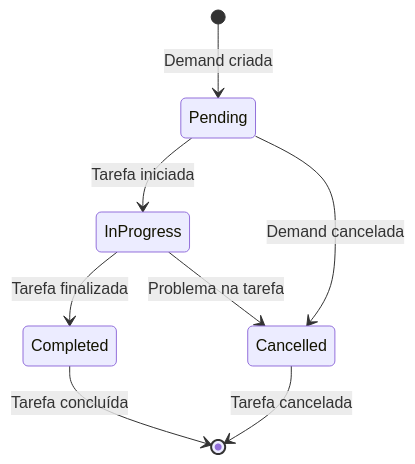
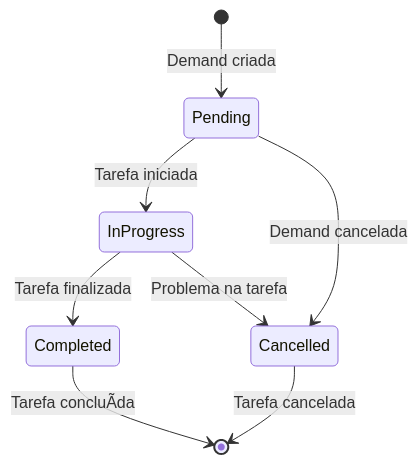
One commit to igor-spalenza/GesN changed the seventh of 7 diagrams in GesN.Web/Context/DIAGRAMS/PROCESS-FLOWS/03-production-demand-flow.md. Above: the diagram before and after it, drawn with Mermaid. The commit also changed other lines of this file and 93 other files, not shown here.

````diff
--- a/GesN.Web/Context/DIAGRAMS/PROCESS-FLOWS/03-production-demand-flow.md
+++ b/GesN.Web/Context/DIAGRAMS/PROCESS-FLOWS/03-production-demand-flow.md
@@ -396,12 +396,12 @@
 ```mermaid
 stateDiagram-v2
     [*] --> Pending : Demand criada
     Pending --> InProgress : Tarefa iniciada
     InProgress --> Completed : Tarefa finalizada
     
     Pending --> Cancelled : Demand cancelada
     InProgress --> Cancelled : Problema na tarefa
     
-    Completed --> [*] : Tarefa concluída
+    Completed --> [*] : Tarefa concluÃ­da
     Cancelled --> [*] : Tarefa cancelada
 ```
````
